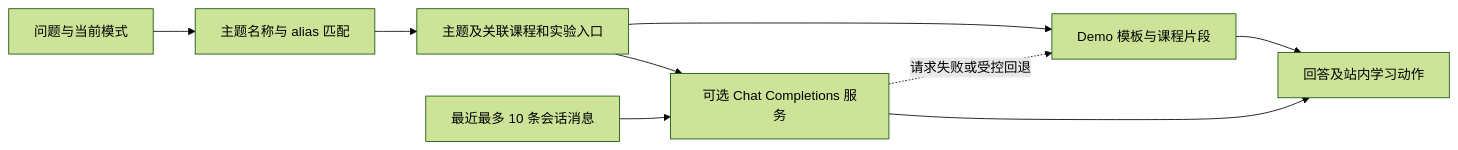
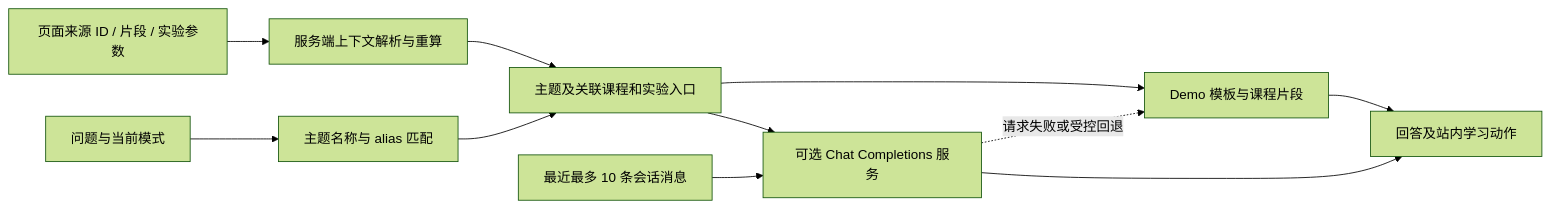
The third of 4 diagrams in README.md (zxy6688/FinPilot), drawn with Mermaid (forest theme) before and after one commit. The commit also changed other lines of this file and 15 other files, not shown here.

````diff
--- a/README.md
+++ b/README.md
@@ -194,11 +211,13 @@
 ```mermaid
 flowchart LR
     Input[问题与当前模式] --> Match[主题名称与 alias 匹配]
+    Page[页面来源 ID / 片段 / 实验参数] --> Resolve[服务端上下文解析与重算]
+    Resolve --> Context
     Match --> Context[主题及关联课程和实验入口]
     Context --> Demo[Demo 模板与课程片段]
     Context --> External[可选 Chat Completions 服务]
     History[最近最多 10 条会话消息] --> External
     Demo --> Reply[回答及站内学习动作]
     External --> Reply
     External -. 请求失败或受控回退 .-> Demo
 ```
````
